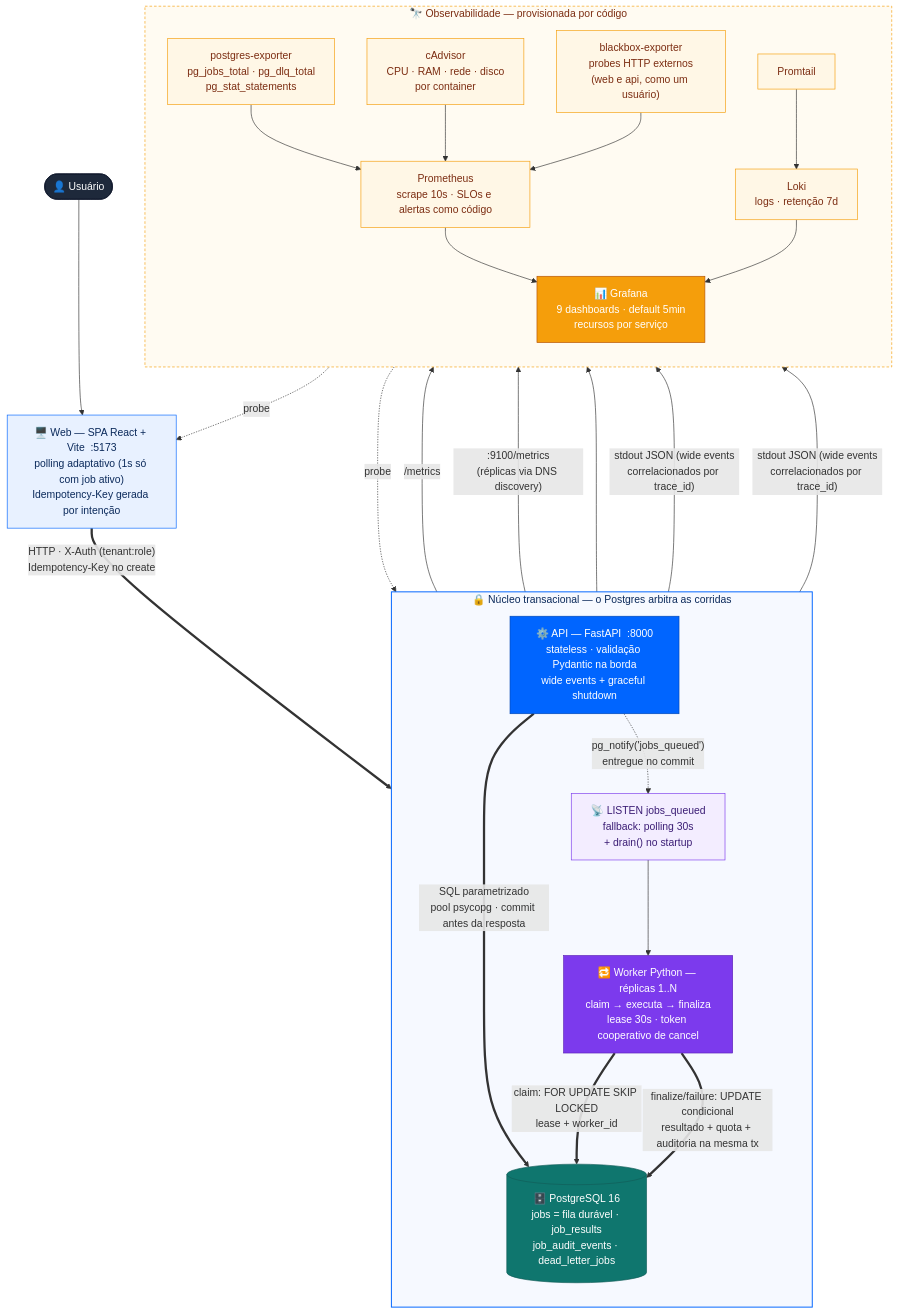
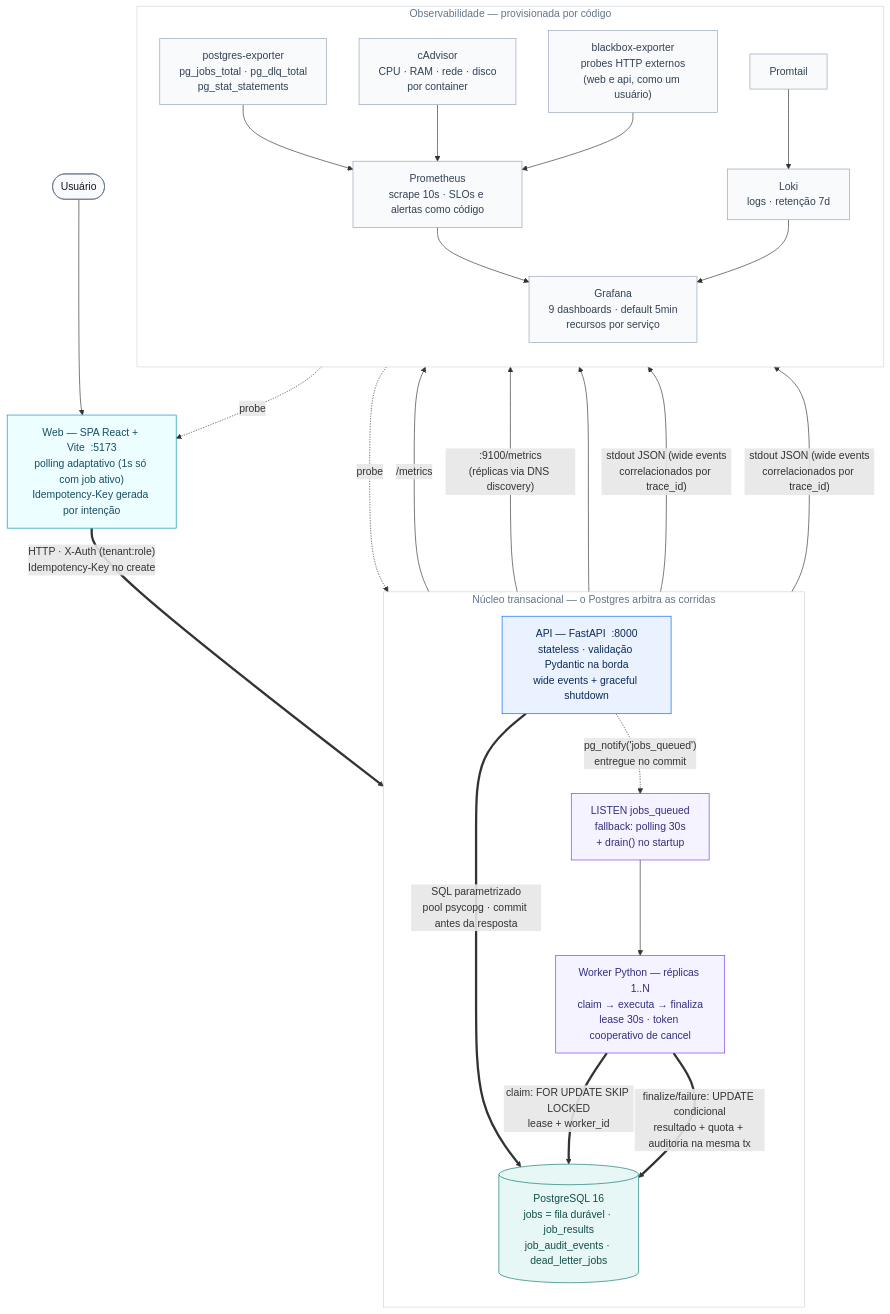
Before and after one commit to vinnedev/case-fullstack-senior: the first of 3 diagrams in README.md, drawn with Mermaid. The commit also changed other lines of this file and 6 other files, not shown here.

Commit message:
refactor(docs): update diagrams and improve readability in documentation

````diff
--- a/README.md
+++ b/README.md
@@ -98,40 +98,40 @@
 ```mermaid
 flowchart TB
-    User(["👤 Usuário"]):::user --> Web["🖥️ Web — SPA React + Vite&nbsp;&nbsp;:5173\npolling adaptativo (1s só com job ativo)\nIdempotency-Key gerada por intenção"]:::web
-    Web ==>|"HTTP · X-Auth (tenant:role)\nIdempotency-Key no create"| API["⚙️ API — FastAPI&nbsp;&nbsp;:8000\nstateless · validação Pydantic na borda\nwide events + graceful shutdown"]:::api
+    User(["Usuário"]):::user --> Web["Web — SPA React + Vite&nbsp;&nbsp;:5173\npolling adaptativo (1s só com job ativo)\nIdempotency-Key gerada por intenção"]:::web
+    Web ==>|"HTTP · X-Auth (tenant:role)\nIdempotency-Key no create"| API["API — FastAPI&nbsp;&nbsp;:8000\nstateless · validação Pydantic na borda\nwide events + graceful shutdown"]:::api
 
-    subgraph Core["🔒 Núcleo transacional — o Postgres arbitra as corridas"]
+    subgraph Core["Núcleo transacional — o Postgres arbitra as corridas"]
         direction TB
-        API ==>|"SQL parametrizado\npool psycopg · commit antes da resposta"| DB[("🗄️ PostgreSQL 16\njobs = fila durável · job_results\njob_audit_events · dead_letter_jobs")]:::db
-        API -. "pg_notify('jobs_queued')\nentregue no commit" .-> Listener["📡 LISTEN jobs_queued\nfallback: polling 30s\n+ drain() no startup"]:::workerSoft
-        Listener --> Worker["🔁 Worker Python — réplicas 1..N\nclaim → executa → finaliza\nlease 30s · token cooperativo de cancel"]:::worker
+        API ==>|"SQL parametrizado\npool psycopg · commit antes da resposta"| DB[("PostgreSQL 16\njobs = fila durável · job_results\njob_audit_events · dead_letter_jobs")]:::db
+        API -. "pg_notify('jobs_queued')\nentregue no commit" .-> Listener["LISTEN jobs_queued\nfallback: polling 30s\n+ drain() no startup"]:::workerSoft
+        Listener --> Worker["Worker Python — réplicas 1..N\nclaim → executa → finaliza\nlease 30s · token cooperativo de cancel"]:::worker
         Worker ==>|"claim: FOR UPDATE SKIP LOCKED\nlease + worker_id"| DB
         Worker ==>|"finalize/failure: UPDATE condicional\nresultado + quota + auditoria na mesma tx"| DB
     end
 
-    subgraph Observability["🔭 Observabilidade — provisionada por código"]
+    subgraph Observability["Observabilidade — provisionada por código"]
         direction TB
         API -->|"/metrics"| Prometheus["Prometheus\nscrape 10s · SLOs e alertas como código"]:::obs
         Worker -->|":9100/metrics\n(réplicas via DNS discovery)"| Prometheus
         DB --> PgExporter["postgres-exporter\npg_jobs_total · pg_dlq_total\npg_stat_statements"]:::obs --> Prometheus
         CAdvisor["cAdvisor\nCPU · RAM · rede · disco\npor container"]:::obs --> Prometheus
         Blackbox["blackbox-exporter\nprobes HTTP externos\n(web e api, como um usuário)"]:::obs --> Prometheus
         API & Worker -->|"stdout JSON (wide events\ncorrelacionados por trace_id)"| Promtail["Promtail"]:::obs --> Loki["Loki\nlogs · retenção 7d"]:::obs
-        Prometheus --> Grafana["📊 Grafana\n9 dashboards · default 5min\nrecursos por serviço"]:::grafana
+        Prometheus --> Grafana["Grafana\n9 dashboards · default 5min\nrecursos por serviço"]:::grafana
         Loki --> Grafana
     end
 
     Blackbox -.->|"probe"| API
     Blackbox -.->|"probe"| Web
 
-    classDef user fill:#1E293B,stroke:#0F172A,color:#FFFFFF
-    classDef web fill:#E8F1FF,stroke:#0065FF,color:#0B2A5B
-    classDef api fill:#0065FF,stroke:#0047B3,color:#FFFFFF
-    classDef worker fill:#7C3AED,stroke:#5B21B6,color:#FFFFFF
-    classDef workerSoft fill:#F3EDFF,stroke:#7C3AED,color:#3B1D75
-    classDef db fill:#0F766E,stroke:#115E59,color:#FFFFFF
-    classDef obs fill:#FFF7E6,stroke:#F59E0B,color:#7C2D12
-    classDef grafana fill:#F59E0B,stroke:#B45309,color:#FFFFFF
-    style Core fill:#F6F9FF,stroke:#0065FF,stroke-width:1.5px,color:#0B2A5B
-    style Observability fill:#FFFBF2,stroke:#F59E0B,stroke-dasharray:4 3,color:#7C2D12
+    classDef user fill:#F8FAFC,stroke:#64748B,color:#0F172A
+    classDef web fill:#ECFEFF,stroke:#0891B2,color:#164E63
+    classDef api fill:#EAF2FF,stroke:#0065FF,color:#0B2A5B
+    classDef worker fill:#F5F3FF,stroke:#7C3AED,color:#312E81
+    classDef workerSoft fill:#F5F3FF,stroke:#7C3AED,color:#312E81
+    classDef db fill:#E6F7F5,stroke:#0F766E,color:#134E4A
+    classDef obs fill:#F8FAFC,stroke:#94A3B8,color:#334155
+    classDef grafana fill:#F8FAFC,stroke:#94A3B8,color:#334155
+    style Core fill:transparent,stroke:#CBD5E1,color:#64748B
+    style Observability fill:transparent,stroke:#CBD5E1,color:#64748B
 ```
````
